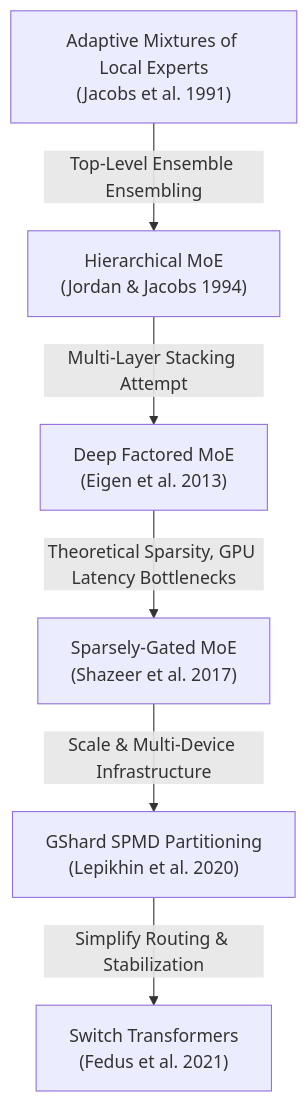
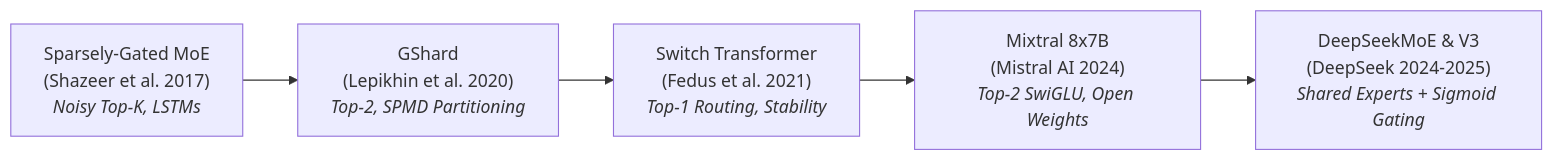
Before and after one commit to subhrm/subhrm.github.io: the first of 2 diagrams in src/content/posts/2026-05-22-Mixture-of-Experts.md, drawn with Mermaid. The commit also changed other lines of this file, not shown here.

````diff
--- a/src/content/posts/2026-05-22-Mixture-of-Experts.md
+++ b/src/content/posts/2026-05-22-Mixture-of-Experts.md
@@ -45,8 +116,7 @@
 ```mermaid
-graph TD
-    A["Adaptive Mixtures of Local Experts<br>(Jacobs et al. 1991)"] -->|Top-Level Ensemble Ensembling| B["Hierarchical MoE<br>(Jordan & Jacobs 1994)"]
-    B -->|Multi-Layer Stacking Attempt| C["Deep Factored MoE<br>(Eigen et al. 2013)"]
-    C -->|Theoretical Sparsity, GPU Latency Bottlenecks| D["Sparsely-Gated MoE<br>(Shazeer et al. 2017)"]
-    D -->|Scale & Multi-Device Infrastructure| E["GShard SPMD Partitioning<br>(Lepikhin et al. 2020)"]
-    E -->|Simplify Routing & Stabilization| F["Switch Transformers<br>(Fedus et al. 2021)"]
+graph LR
+    A["Sparsely-Gated MoE<br>(Shazeer et al. 2017)<br><i>Noisy Top-K, LSTMs</i>"] --> B["GShard<br>(Lepikhin et al. 2020)<br><i>Top-2, SPMD Partitioning</i>"]
+    B --> C["Switch Transformer<br>(Fedus et al. 2021)<br><i>Top-1 Routing, Stability</i>"]
+    C --> D["Mixtral 8x7B<br>(Mistral AI 2024)<br><i>Top-2 SwiGLU, Open Weights</i>"]
+    D --> E["DeepSeekMoE & V3<br>(DeepSeek 2024-2025)<br><i>Shared Experts + Sigmoid Gating</i>"]
 ```
````
